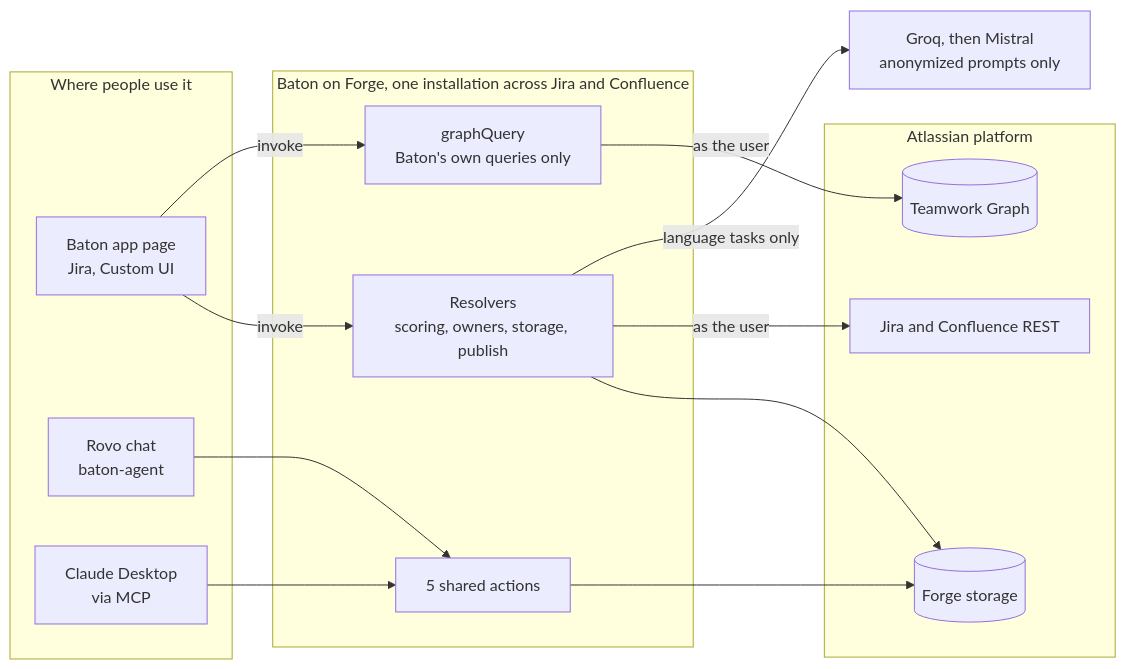
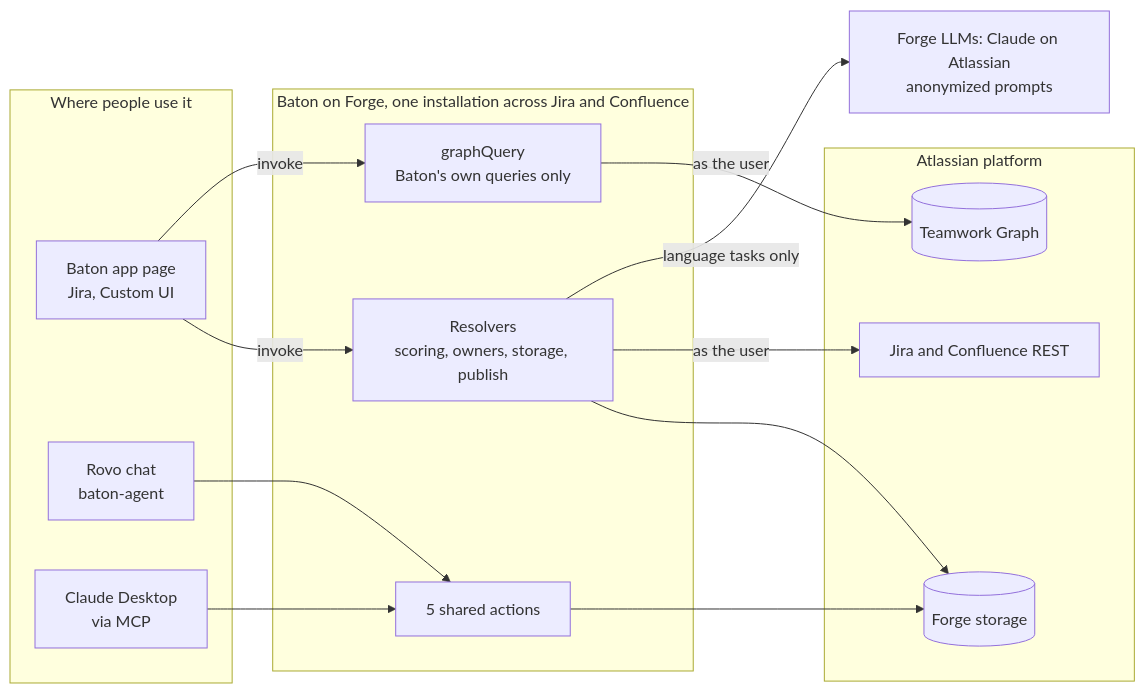
The diagram in README.md (why-aditi/Baton), drawn with Mermaid before and after one commit. The commit also changed other lines of this file and 12 other files, not shown here.

First line of the commit message:
Move the LLM to Forge LLMs for Runs on Atlassian

````diff
--- a/README.md
+++ b/README.md
@@ -23,32 +23,32 @@
 ```mermaid
 flowchart LR
   subgraph clients[Where people use it]
     UI[Baton app page<br/>Jira, Custom UI]
     Rovo[Rovo chat<br/>baton-agent]
     MCP[Claude Desktop<br/>via MCP]
   end
 
   subgraph forge[Baton on Forge, one installation across Jira and Confluence]
     R[Resolvers<br/>scoring, owners, storage, publish]
     G[graphQuery<br/>Baton's own queries only]
     A[5 shared actions]
   end
 
   subgraph atlassian[Atlassian platform]
     TWG[(Teamwork Graph)]
     KVS[(Forge storage)]
     JC[Jira and Confluence REST]
   end
 
-  LLM[Groq, then Mistral<br/>anonymized prompts only]
+  LLM[Forge LLMs: Claude on Atlassian<br/>anonymized prompts]
 
   UI -- invoke --> R
   UI -- invoke --> G
   G -- as the user --> TWG
   R --> KVS
   R -- as the user --> JC
   R -- language tasks only --> LLM
   Rovo --> A
   MCP --> A
   A --> KVS
 ```
````
